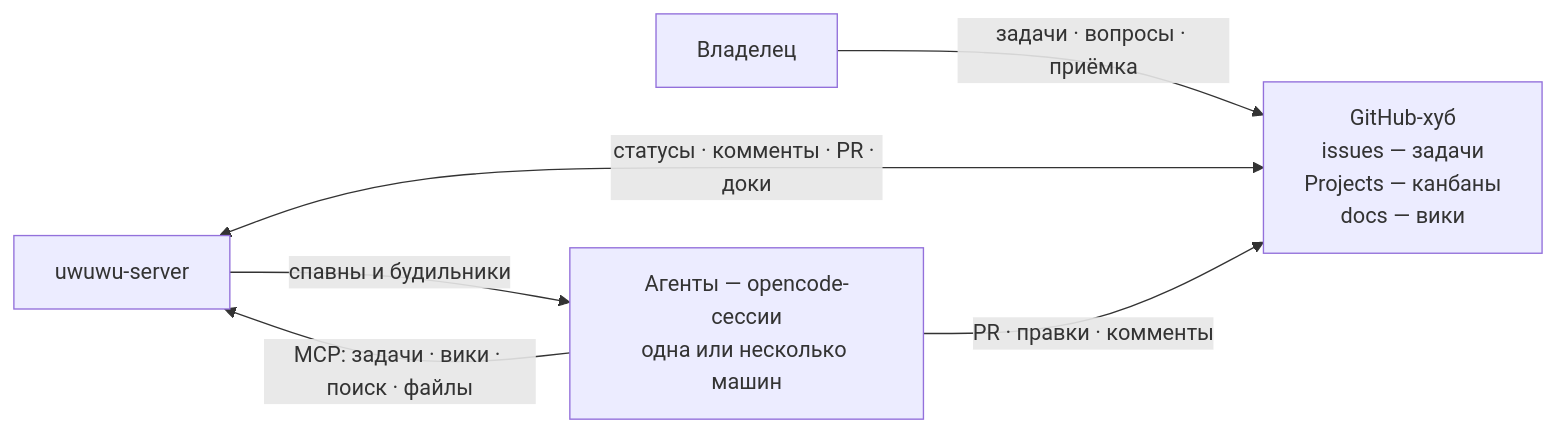
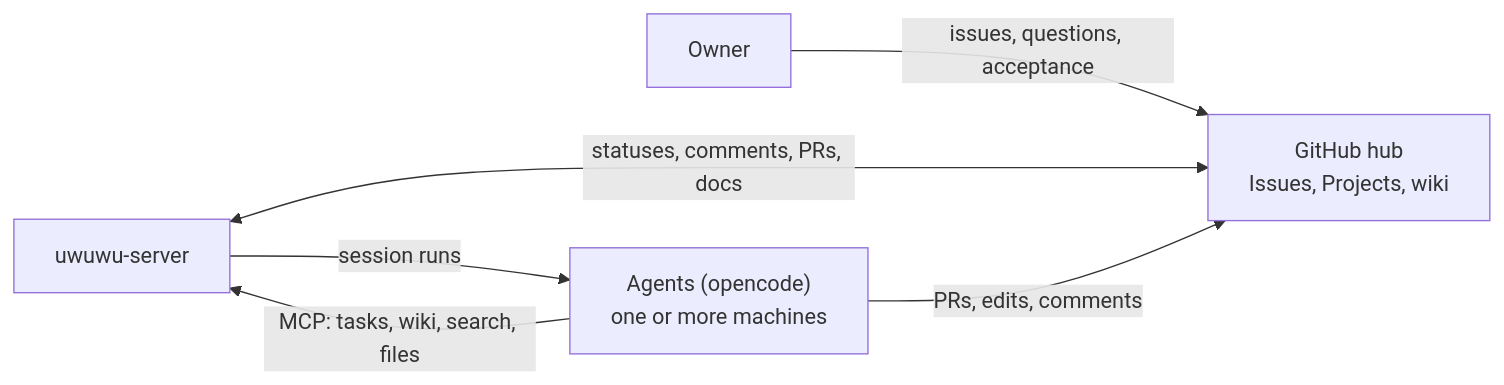
One commit to yurvon-screamo/uwuwu-agent changed the diagram in README.md. Above: the diagram before and after it, drawn with Mermaid. The commit also changed other lines of this file, not shown here.

````diff
--- a/README.md
+++ b/README.md
@@ -32,8 +26,9 @@
 ```mermaid
 flowchart LR
-  O["Владелец"] -->|"задачи · вопросы · приёмка"| H["GitHub-хуб<br>issues — задачи<br>Projects — канбаны<br>docs — вики"]
-  S["uwuwu-server"] <-->|"статусы · комменты · PR · доки"| H
-  S -->|"спавны и будильники"| A["Агенты — opencode-сессии<br>одна или несколько машин"]
-  A -->|"MCP: задачи · вики · поиск · файлы"| S
-  A -->|"PR · правки · комменты"| H
+  O["Owner"] -->|"issues, questions, acceptance"| H["GitHub hub<br>Issues, Projects, wiki"]
+  S["uwuwu-server"] <-->|"statuses, comments, PRs, docs"| H
+  S -->|"session runs"| A["Agents (opencode)<br>one or more machines"]
+  A -->|"MCP: tasks, wiki, search, files"| S
+  A -->|"PRs, edits, comments"| H
+
 ```
````
